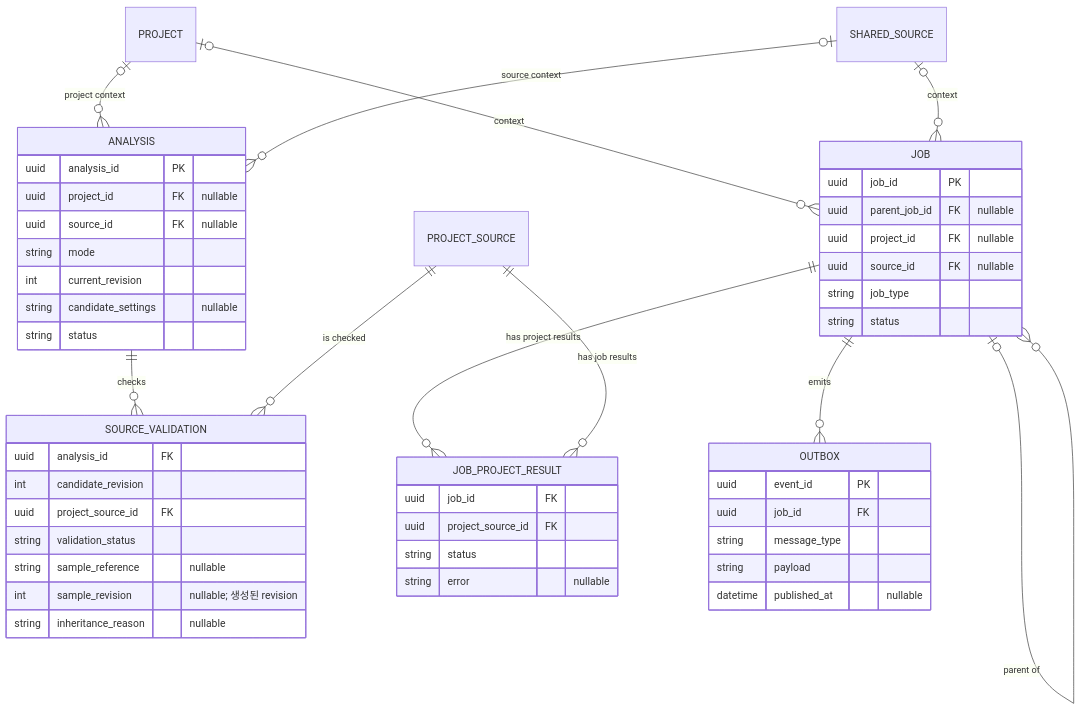
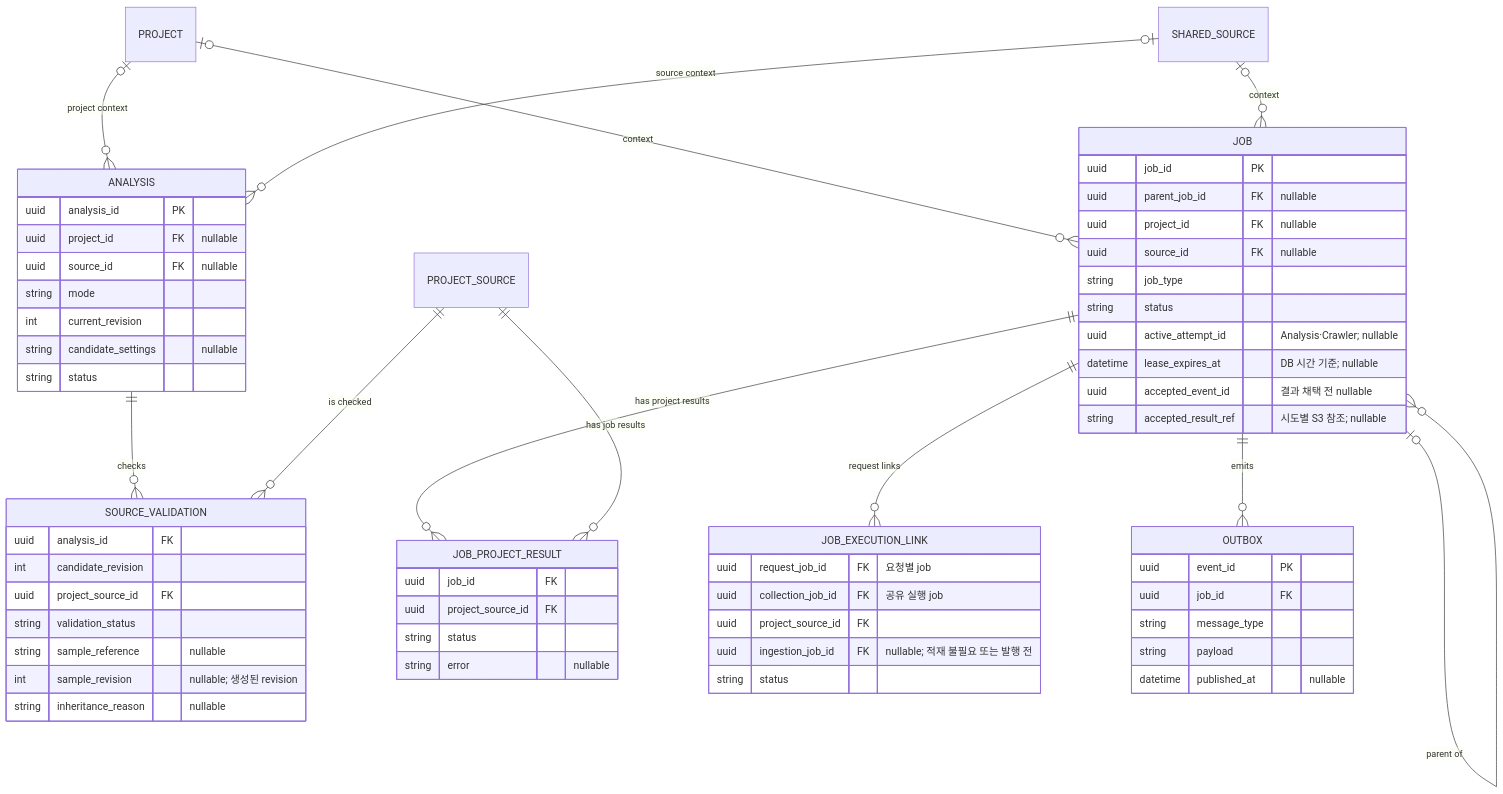
One commit to GecSchool/Weavo changed the third of 4 diagrams in docs/erd-initial-design.md. Above: the diagram before and after it, drawn with Mermaid. The commit also changed other lines of this file and 8 other files, not shown here.

````diff
--- a/docs/erd-initial-design.md
+++ b/docs/erd-initial-design.md
@@ -176,53 +152,65 @@
 ```mermaid
 erDiagram
     PROJECT o|--o{ ANALYSIS : "project context"
     SHARED_SOURCE o|--o{ ANALYSIS : "source context"
     ANALYSIS ||--o{ SOURCE_VALIDATION : "checks"
     PROJECT_SOURCE ||--o{ SOURCE_VALIDATION : "is checked"
     JOB o|--o{ JOB : "parent of"
     PROJECT o|--o{ JOB : "context"
     SHARED_SOURCE o|--o{ JOB : "context"
     JOB ||--o{ JOB_PROJECT_RESULT : "has project results"
+    JOB ||--o{ JOB_EXECUTION_LINK : "request links"
     PROJECT_SOURCE ||--o{ JOB_PROJECT_RESULT : "has job results"
     JOB ||--o{ OUTBOX : "emits"
 
     ANALYSIS {
         uuid analysis_id PK
         uuid project_id FK "nullable"
         uuid source_id FK "nullable"
         string mode
         int current_revision
         string candidate_settings "nullable"
         string status
     }
     SOURCE_VALIDATION {
         uuid analysis_id FK
         int candidate_revision
         uuid project_source_id FK
         string validation_status
         string sample_reference "nullable"
         int sample_revision "nullable; 생성된 revision"
         string inheritance_reason "nullable"
     }
     JOB {
         uuid job_id PK
         uuid parent_job_id FK "nullable"
         uuid project_id FK "nullable"
         uuid source_id FK "nullable"
         string job_type
         string status
+        uuid active_attempt_id "Analysis·Crawler; nullable"
+        datetime lease_expires_at "DB 시간 기준; nullable"
+        uuid accepted_event_id "결과 채택 전 nullable"
+        string accepted_result_ref "시도별 S3 참조; nullable"
+    }
+    JOB_EXECUTION_LINK {
+        uuid request_job_id FK "요청별 job"
+        uuid collection_job_id FK "공유 실행 job"
+        uuid project_source_id FK
+        uuid ingestion_job_id FK "nullable; 적재 불필요 또는 발행 전"
+        string status
     }
     JOB_PROJECT_RESULT {
         uuid job_id FK
         uuid project_source_id FK
         string status
         string error "nullable"
     }
     OUTBOX {
         uuid event_id PK
         uuid job_id FK
         string message_type
         string payload
         datetime published_at "nullable"
     }
 ```
````
